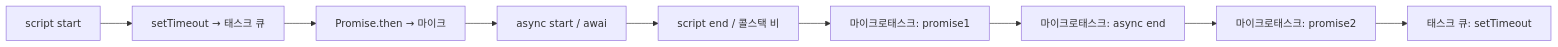
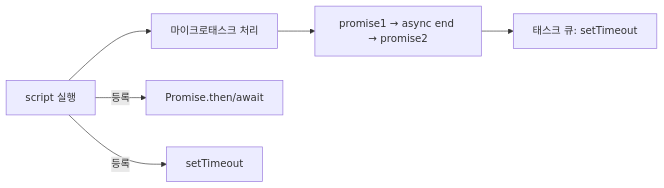
One commit to yjkim2015/yjkim2015.github.io changed the tenth of 13 diagrams in _posts/frontend/2026-05-02-js-event-loop.md. Above: the diagram before and after it, drawn with Mermaid. The commit also changed other lines of this file and 163 other files, not shown here.

First line of the commit message:
Mermaid 300개 블록 내용 축소: 5노드 5엣지 이하, 의미 있는 약어

````diff
--- a/_posts/frontend/2026-05-02-js-event-loop.md
+++ b/_posts/frontend/2026-05-02-js-event-loop.md
@@ -326,11 +320,8 @@
 ```mermaid
-flowchart LR
-    A["script start"] --> B["setTimeout → 태스크 큐"]
-    B --> C["Promise.then → 마이크"]
-    C --> D["async start / awai"]
-    D --> E["script end / 콜스택 비"]
-    E --> F["마이크로태스크: promise1"]
-    F --> G["마이크로태스크: async end"]
-    G --> H["마이크로태스크: promise2"]
-    H --> I["태스크 큐: setTimeout"]
+graph LR
+    A["script 실행"] --> B["마이크로태스크 처리"]
+    B --> C["promise1 → async end → promise2"]
+    C --> D["태스크 큐: setTimeout"]
+    A -->|"등록"| MT["Promise.then/await"]
+    A -->|"등록"| TQ["setTimeout"]
 ```
````
